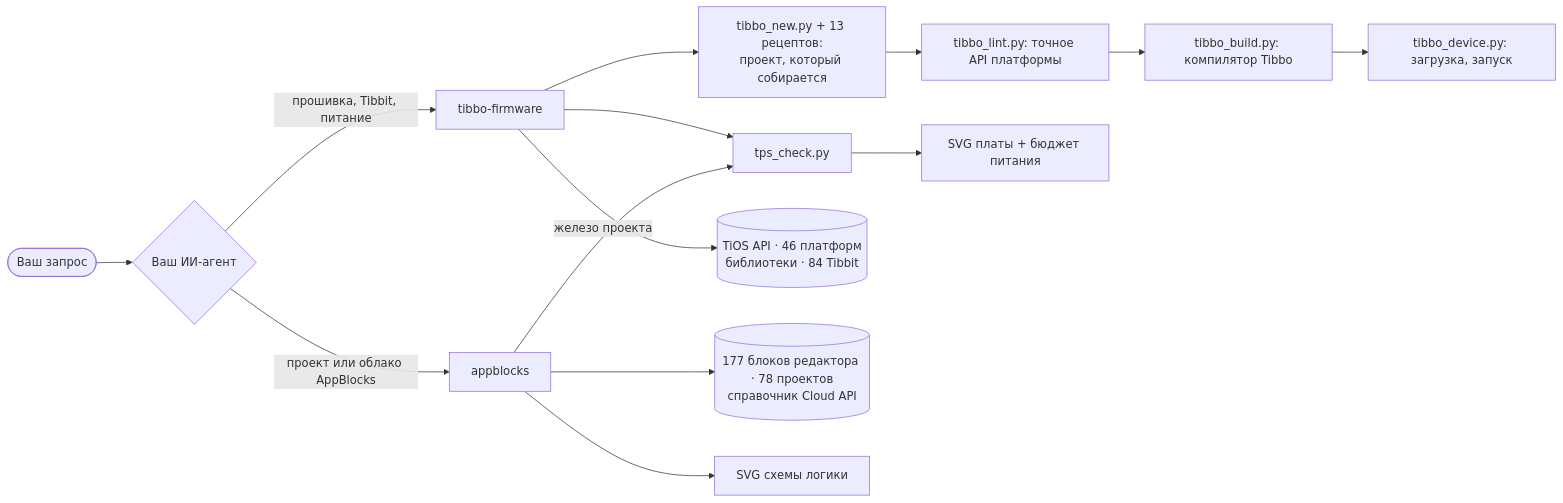
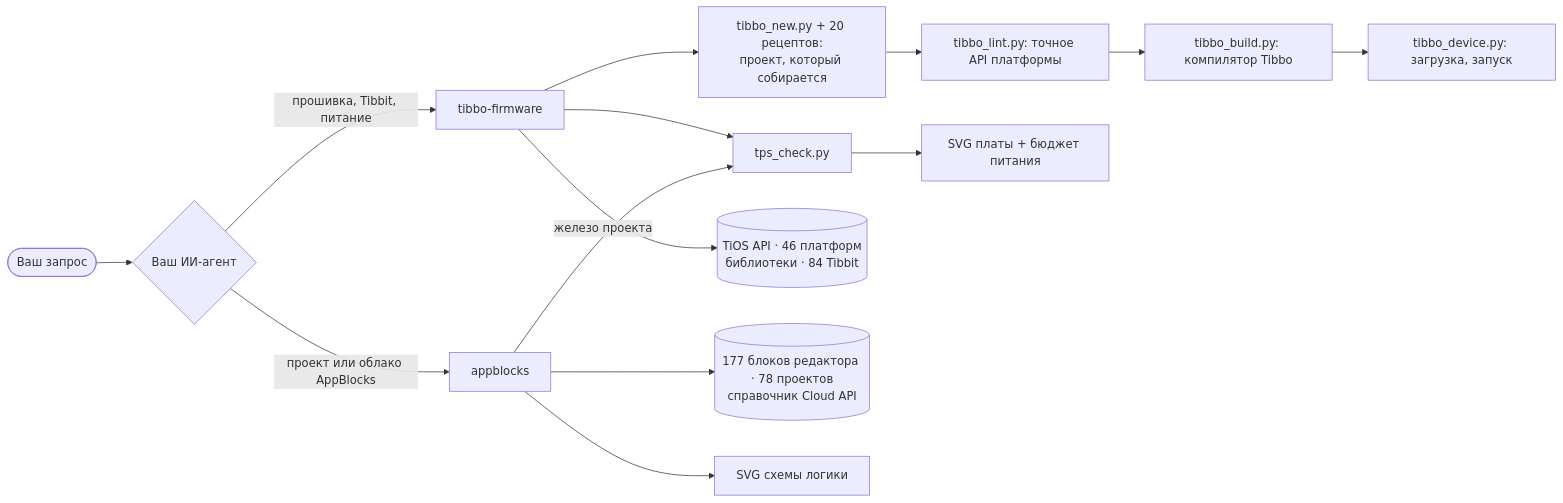
The diagram in README.ru.md (SCANCODE-IOT/tibbo-ai-skills), drawn with Mermaid before and after one commit. The commit also changed other lines of this file and 111 other files, not shown here.

````diff
--- a/README.ru.md
+++ b/README.ru.md
@@ -48,16 +48,16 @@
 ```mermaid
 flowchart LR
     U([Ваш запрос]) --> C{Ваш ИИ-агент}
     C -->|прошивка, Tibbit, питание| F[tibbo-firmware]
     C -->|проект или облако AppBlocks| A[appblocks]
     A -->|железо проекта| T[tps_check.py]
     F --> T
-    F --> G[tibbo_new.py + 13 рецептов:<br/>проект, который собирается]
+    F --> G[tibbo_new.py + 20 рецептов:<br/>проект, который собирается]
     G --> N[tibbo_lint.py: точное API платформы]
     N --> B[tibbo_build.py: компилятор Tibbo]
     B --> D[tibbo_device.py: загрузка, запуск]
     F --> R[(TiOS API · 46 платформ<br/>библиотеки · 84 Tibbit)]
     A --> K[(177 блоков редактора · 78 проектов<br/>справочник Cloud API)]
     T --> S[SVG платы + бюджет питания]
     A --> L[SVG схемы логики]
 ```
````
